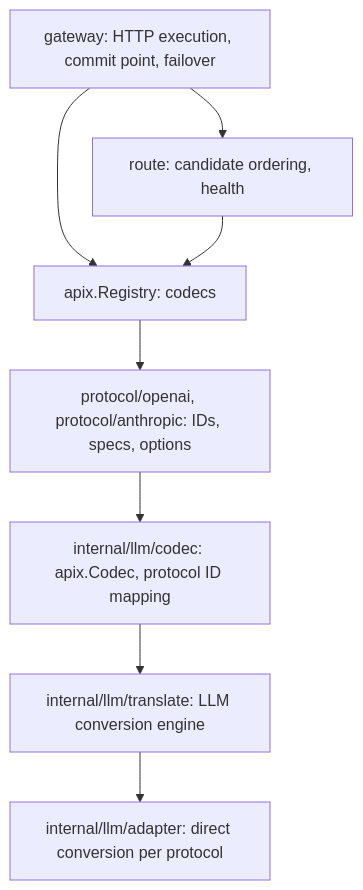
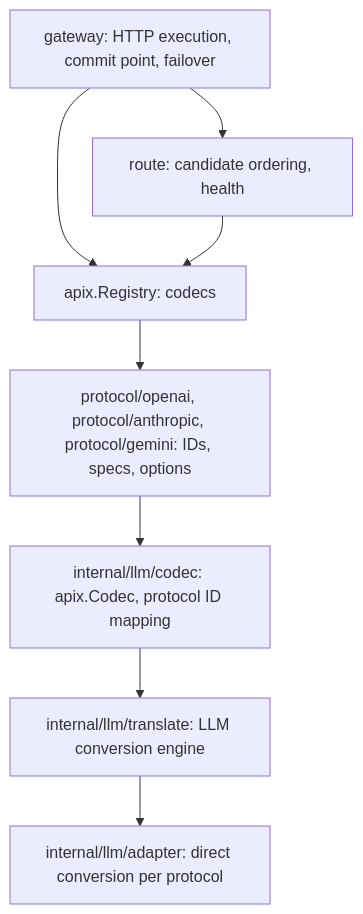
The diagram in docs/architecture.md (dillonzq/apix), drawn with Mermaid before and after one commit. The commit also changed other lines of this file and 72 other files, not shown here.

````diff
--- a/docs/architecture.md
+++ b/docs/architecture.md
@@ -7,10 +7,10 @@
 ```mermaid
 flowchart TD
     GW[gateway: HTTP execution, commit point, failover] --> RT[route: candidate ordering, health]
     GW --> REG[apix.Registry: codecs]
     RT --> REG
-    REG --> VENDOR[protocol/openai, protocol/anthropic: IDs, specs, options]
+    REG --> VENDOR[protocol/openai, protocol/anthropic, protocol/gemini: IDs, specs, options]
     VENDOR --> CODEC[internal/llm/codec: apix.Codec, protocol ID mapping]
     CODEC --> ENGINE[internal/llm/translate: LLM conversion engine]
     ENGINE --> ADAPTERS[internal/llm/adapter: direct conversion per protocol]
 ```
````
